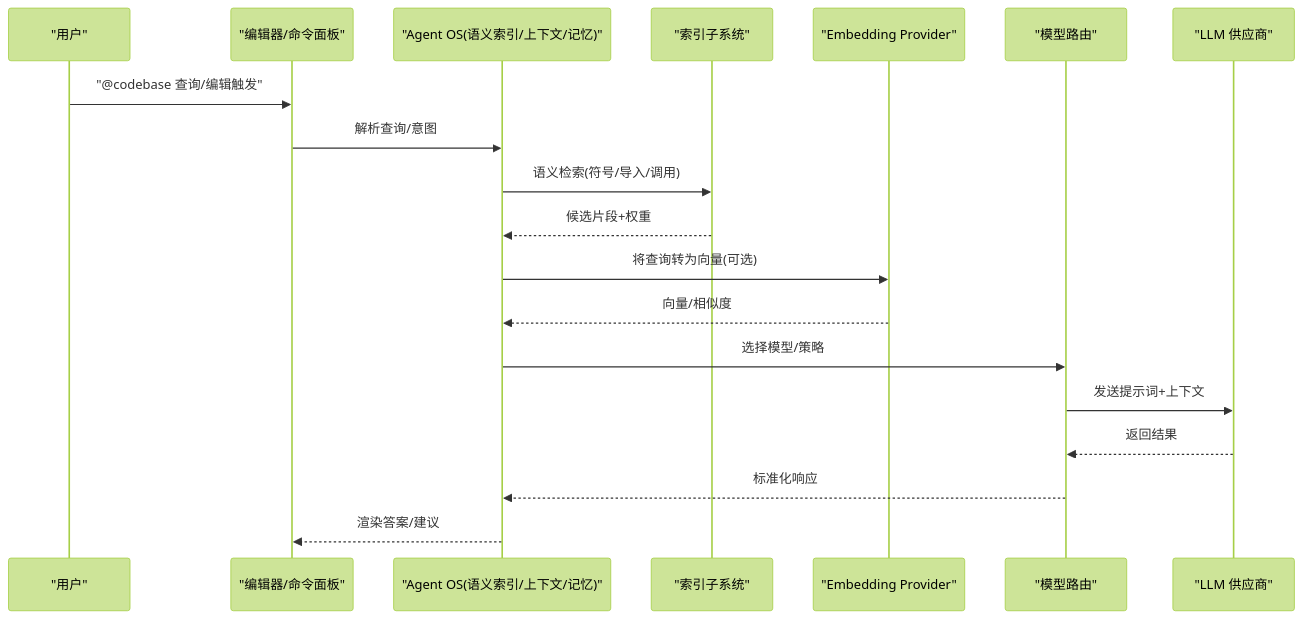
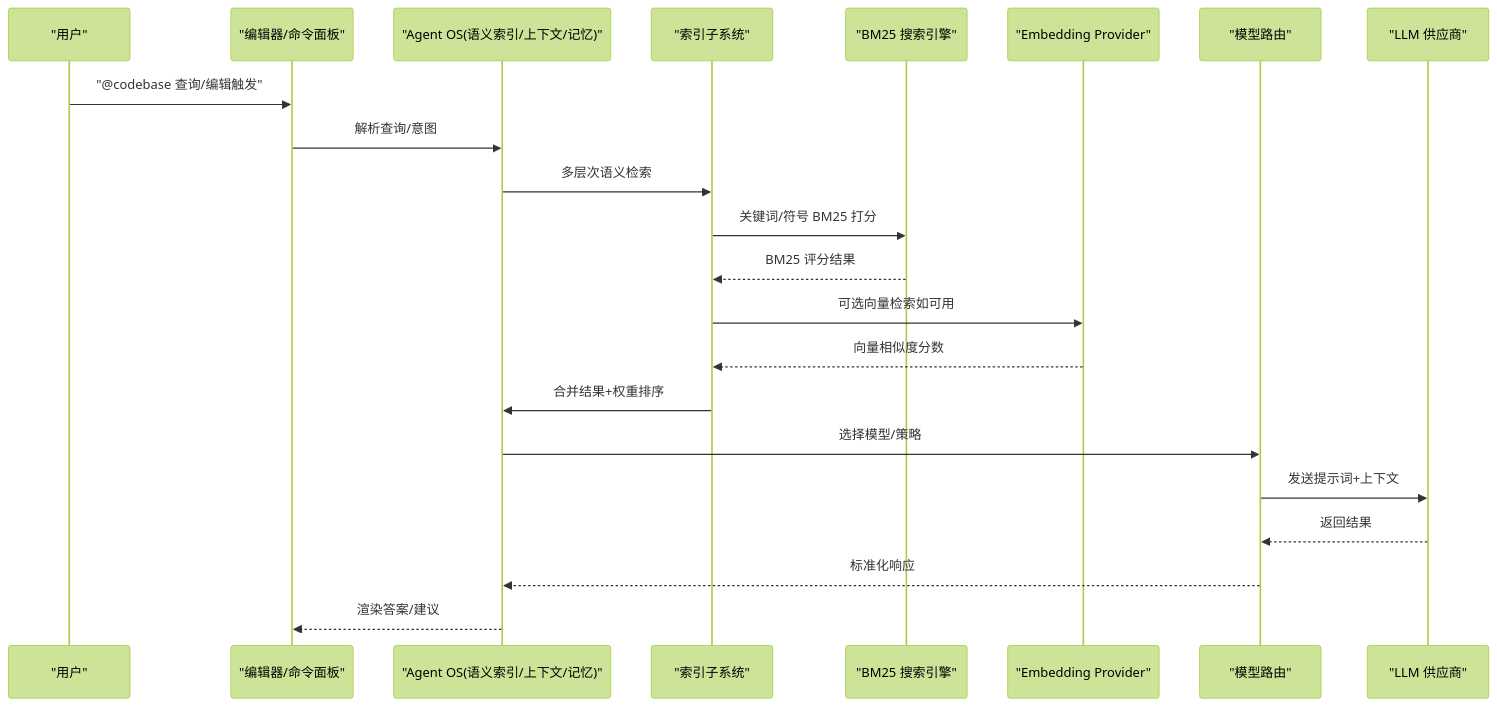
One commit to sofate798/KodrixCode changed the second of 9 diagrams in .qoder/repowiki/zh/content/架构设计/代码库智能架构/代码库智能架构.md. Above: the diagram before and after it, drawn with Mermaid (forest theme). The commit also changed other lines of this file and 4 other files, not shown here.

````diff
--- a/.qoder/repowiki/zh/content/架构设计/代码库智能架构/代码库智能架构.md
+++ b/.qoder/repowiki/zh/content/架构设计/代码库智能架构/代码库智能架构.md
@@ -104,21 +104,24 @@
 ```mermaid
 sequenceDiagram
 participant User as "用户"
 participant UI as "编辑器/命令面板"
 participant AOS as "Agent OS(语义索引/上下文/记忆)"
 participant IDX as "索引子系统"
+participant BM25 as "BM25 搜索引擎"
 participant EMB as "Embedding Provider"
 participant ROUTE as "模型路由"
 participant LLM as "LLM 供应商"
 User->>UI : "@codebase 查询/编辑触发"
 UI->>AOS : 解析查询/意图
-AOS->>IDX : 语义检索(符号/导入/调用)
-IDX-->>AOS : 候选片段+权重
-AOS->>EMB : 将查询转为向量(可选)
-EMB-->>AOS : 向量/相似度
+AOS->>IDX : 多层次语义检索
+IDX->>BM25 : 关键词/符号 BM25 打分
+BM25-->>IDX : BM25 评分结果
+IDX->>EMB : 可选向量检索如可用
+EMB-->>IDX : 向量相似度分数
+IDX->>AOS : 合并结果+权重排序
 AOS->>ROUTE : 选择模型/策略
 ROUTE->>LLM : 发送提示词+上下文
 LLM-->>ROUTE : 返回结果
 ROUTE-->>AOS : 标准化响应
 AOS-->>UI : 渲染答案/建议
 ```
````
